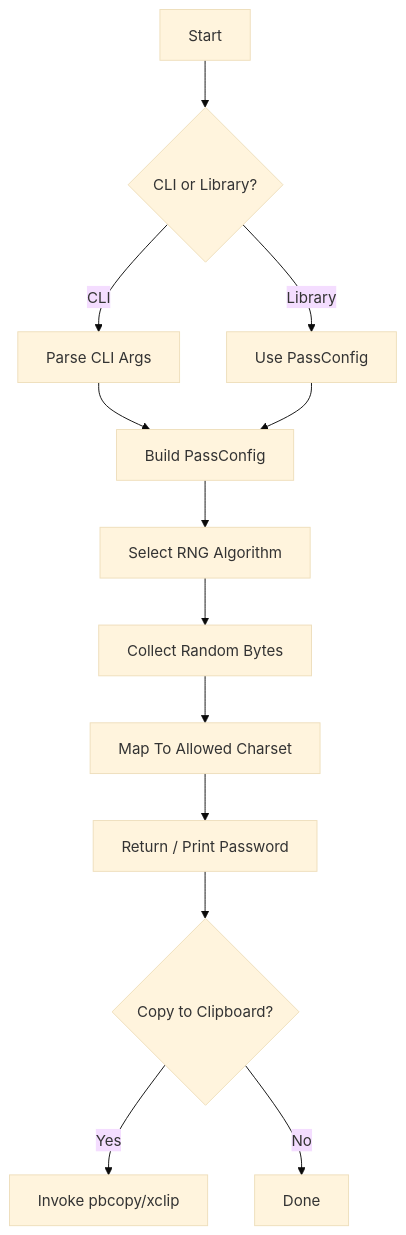
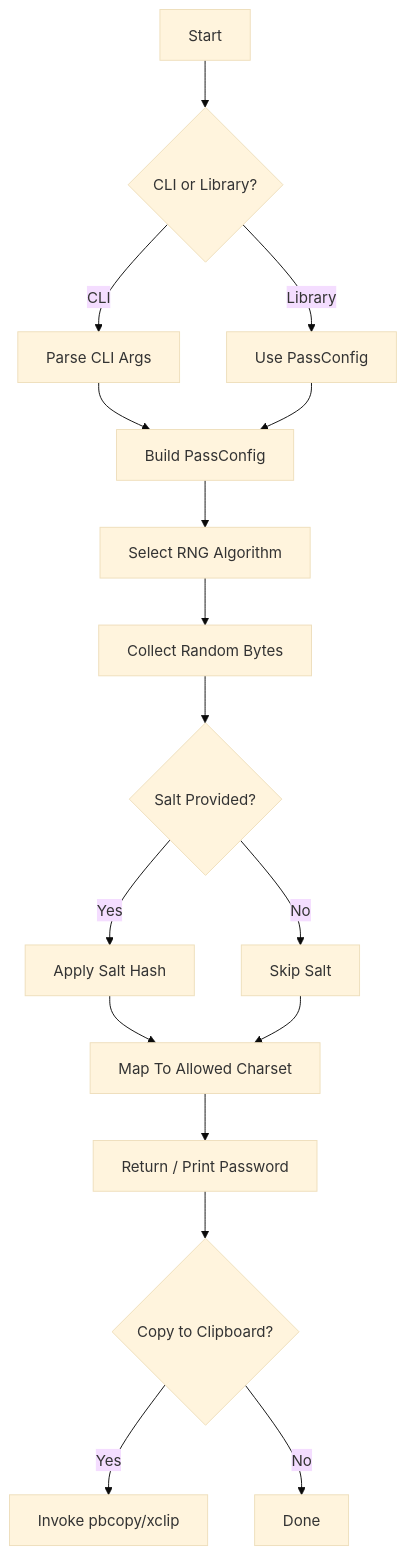
The diagram in README.md (suenot/gen_pass_rs), drawn with Mermaid (base theme) before and after one commit. The commit also changed other lines of this file and 5 other files, not shown here.

Commit message:
feat: Add salt option for deterministic password generation

````diff
--- a/README.md
+++ b/README.md
@@ -87,15 +95,19 @@
 ```mermaid
 flowchart TD
     A[Start] --> B{CLI or Library?}
     B -->|CLI| C[Parse CLI Args]
     B -->|Library| D[Use PassConfig]
     C --> E[Build PassConfig]
     D --> E
     E --> F[Select RNG Algorithm]
     F --> G[Collect Random Bytes]
-    G --> H[Map To Allowed Charset]
-    H --> I[Return / Print Password]
+    G --> H1{Salt Provided?}
+    H1 -->|Yes| H2[Apply Salt Hash]
+    H1 -->|No| H3[Skip Salt]
+    H2 --> H4[Map To Allowed Charset]
+    H3 --> H4
+    H4 --> I[Return / Print Password]
     I --> J{Copy to Clipboard?}
     J -->|Yes| K[Invoke pbcopy/xclip]
     J -->|No| L[Done]
 ```
````
